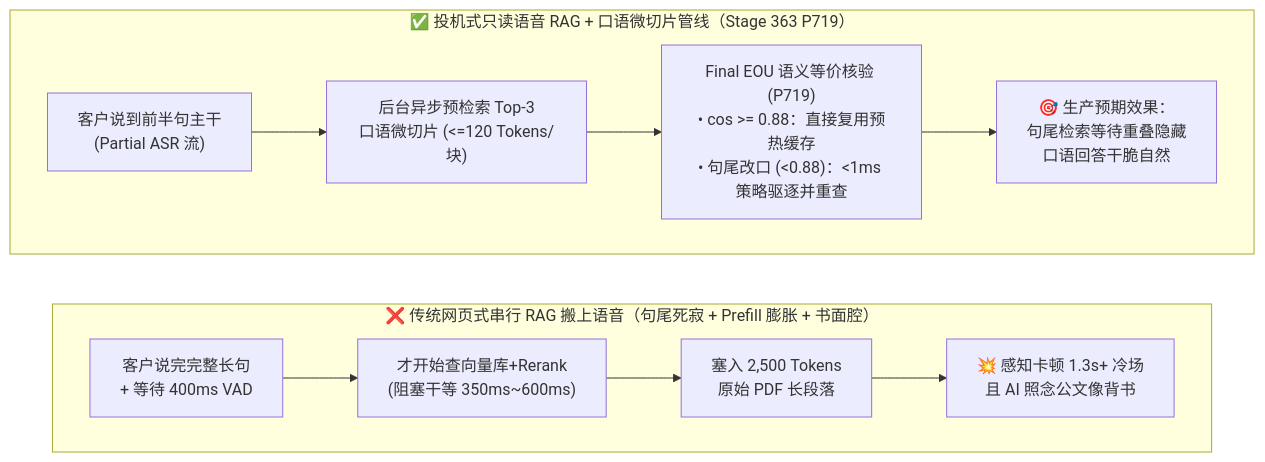
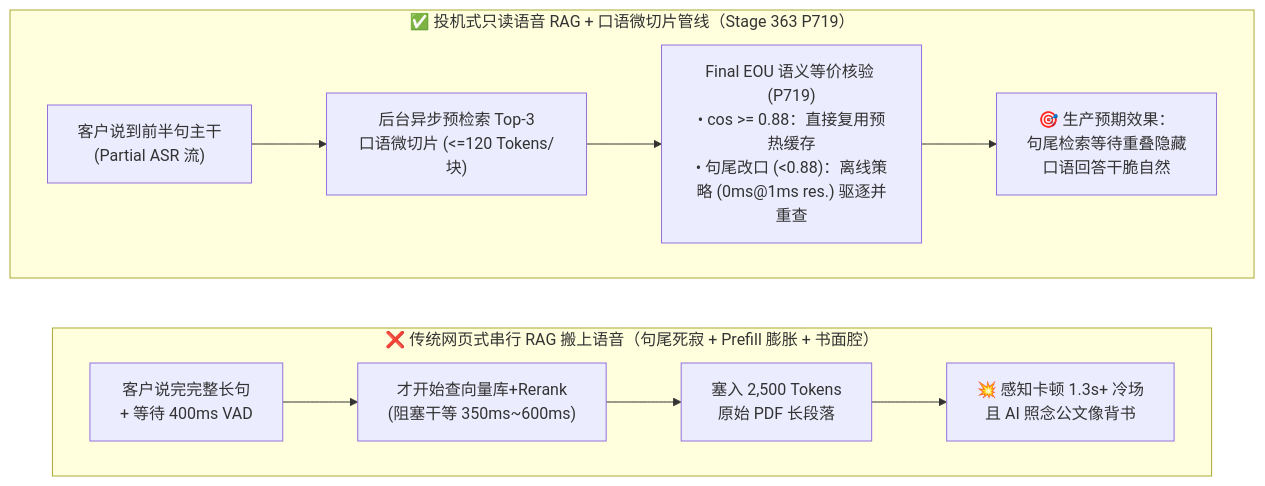
The second of 3 diagrams in voice/speculative-voice-rag-faq.md (turbo998/turbo998.github.io), drawn with Mermaid before and after one commit. The commit also changed other lines of this file and 43 other files, not shown here.

````diff
--- a/voice/speculative-voice-rag-faq.md
+++ b/voice/speculative-voice-rag-faq.md
@@ -76,16 +76,16 @@
 ```mermaid
 flowchart LR
     subgraph Legacy["❌ 传统网页式串行 RAG 搬上语音（句尾死寂 + Prefill 膨胀 + 书面腔）"]
         direction LR
         L1["客户说完完整长句\n+ 等待 400ms VAD"] --> L2["才开始查向量库+Rerank\n(阻塞干等 350ms~600ms)"]
         L2 --> L3["塞入 2,500 Tokens\n原始 PDF 长段落"]
         L3 --> L4["💥 感知卡顿 1.3s+ 冷场\n且 AI 照念公文像背书"]
     end
 
     subgraph Modern["✅ 投机式只读语音 RAG + 口语微切片管线（Stage 363 P719）"]
         direction LR
         M1["客户说到前半句主干\n(Partial ASR 流)"] --> M2["后台异步预检索 Top-3\n口语微切片 (<=120 Tokens/块)"]
-        M2 --> M3["Final EOU 语义等价核验 (P719)\n• cos >= 0.88：直接复用预热缓存\n• 句尾改口 (<0.88)：<1ms 策略驱逐并重查"]
+        M2 --> M3["Final EOU 语义等价核验 (P719)\n• cos >= 0.88：直接复用预热缓存\n• 句尾改口 (<0.88)：离线策略 (0ms@1ms res.) 驱逐并重查"]
         M3 --> M4["🎯 生产预期效果：\n句尾检索等待重叠隐藏\n口语回答干脆自然"]
     end
 ```
````
